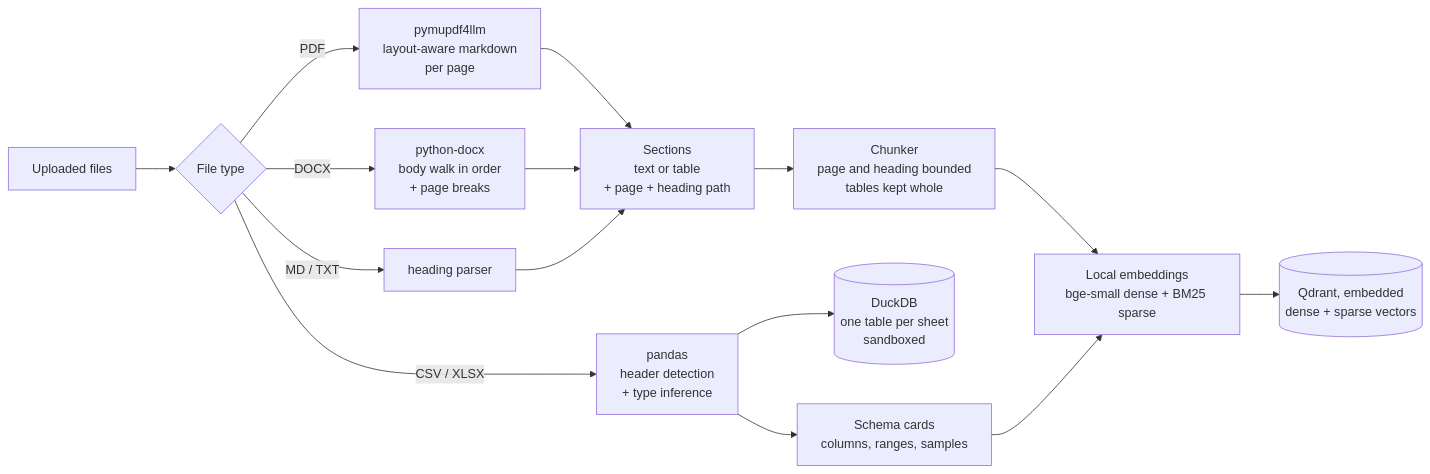
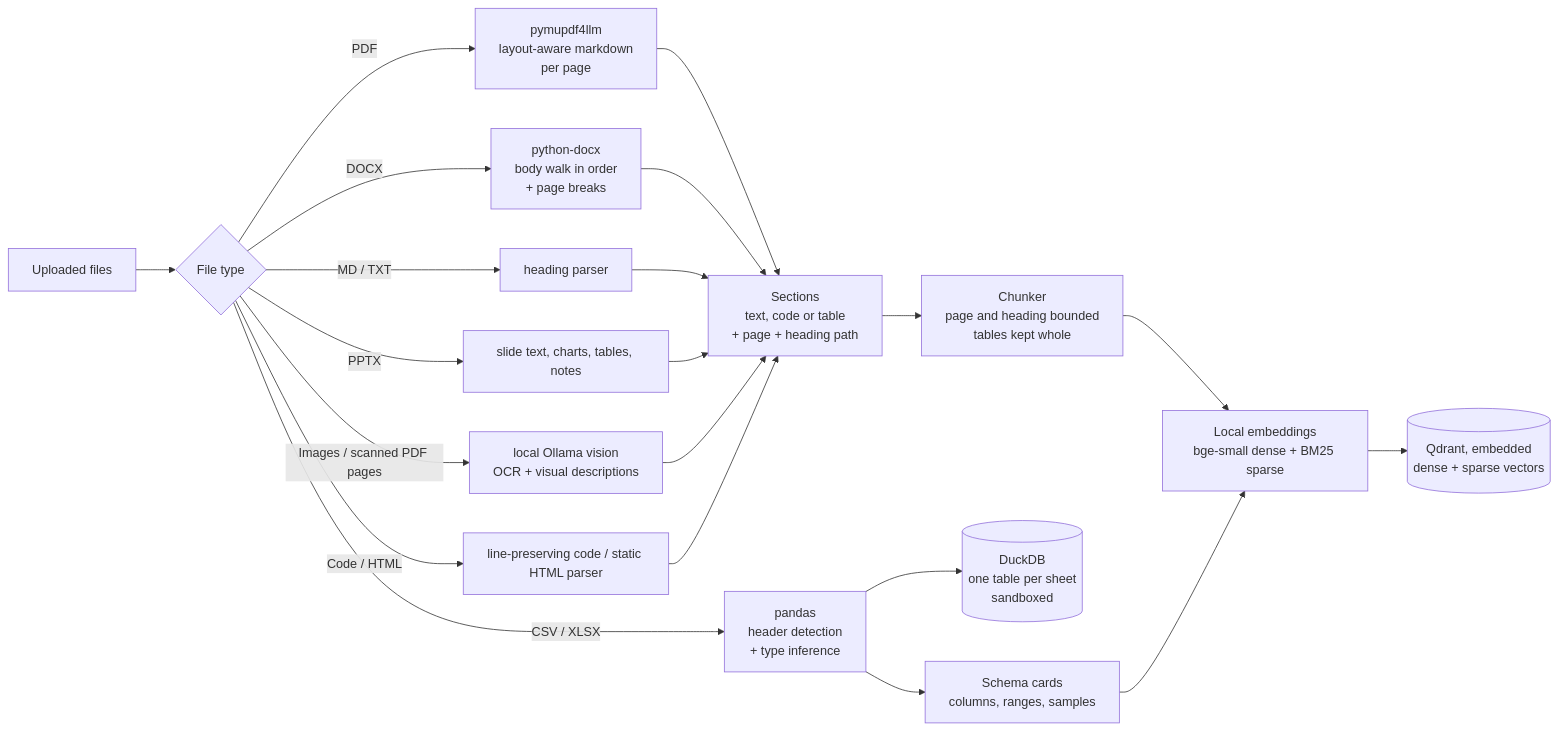
Before and after one commit to anoushkasahay030-arch/DocuPilot: the first of 2 diagrams in README.md, drawn with Mermaid. The commit also changed other lines of this file and 31 other files, not shown here.

````diff
--- a/README.md
+++ b/README.md
@@ -104,14 +153,17 @@
 ```mermaid
 flowchart LR
     U[Uploaded files] --> R{File type}
     R -->|PDF| P[pymupdf4llm<br/>layout-aware markdown<br/>per page]
     R -->|DOCX| W[python-docx<br/>body walk in order<br/>+ page breaks]
     R -->|MD / TXT| T[heading parser]
+    R -->|PPTX| SL[slide text, charts, tables, notes]
+    R -->|Images / scanned PDF pages| V[local Ollama vision<br/>OCR + visual descriptions]
+    R -->|Code / HTML| H[line-preserving code / static HTML parser]
     R -->|CSV / XLSX| S[pandas<br/>header detection<br/>+ type inference]
-    P & W & T --> SEC[Sections<br/>text or table<br/>+ page + heading path]
+    P & W & T & SL & V & H --> SEC[Sections<br/>text, code or table<br/>+ page + heading path]
     SEC --> CH[Chunker<br/>page and heading bounded<br/>tables kept whole]
     S --> DB[(DuckDB<br/>one table per sheet<br/>sandboxed)]
     S --> SC[Schema cards<br/>columns, ranges, samples]
     CH & SC --> EMB[Local embeddings<br/>bge-small dense + BM25 sparse]
     EMB --> Q[(Qdrant, embedded<br/>dense + sparse vectors)]
 ```
````
